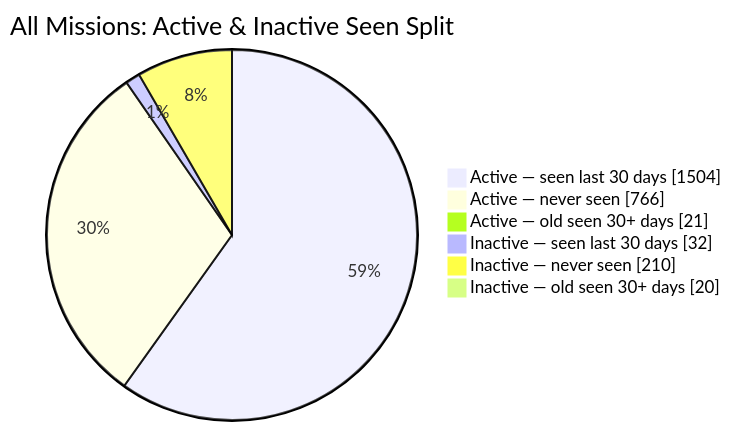
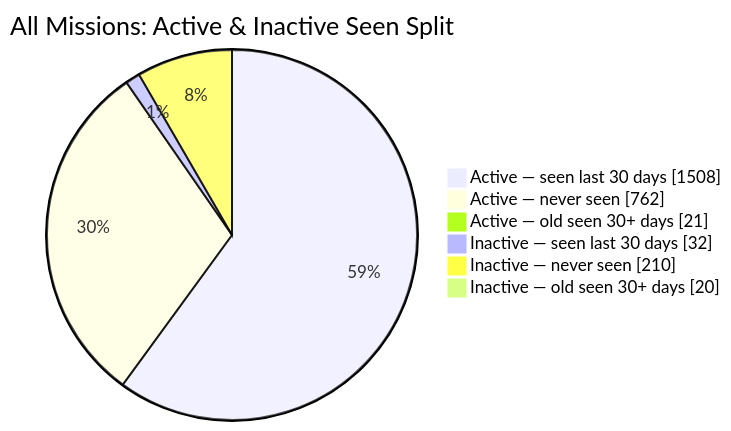
The second of 2 diagrams in README.md (MeldkamerspelGameTeam/active-missions), drawn with Mermaid before and after one commit. The commit also changed other lines of this file and 2 other files, not shown here.

````diff
--- a/README.md
+++ b/README.md
@@ -44,10 +44,10 @@
 ```mermaid
 pie showData
     title All Missions: Active & Inactive Seen Split
-    "Active — seen last 30 days" : 1504
-    "Active — never seen" : 766
+    "Active — seen last 30 days" : 1508
+    "Active — never seen" : 762
     "Active — old seen 30+ days" : 21
     "Inactive — seen last 30 days" : 32
     "Inactive — never seen" : 210
     "Inactive — old seen 30+ days" : 20
 ```
````
